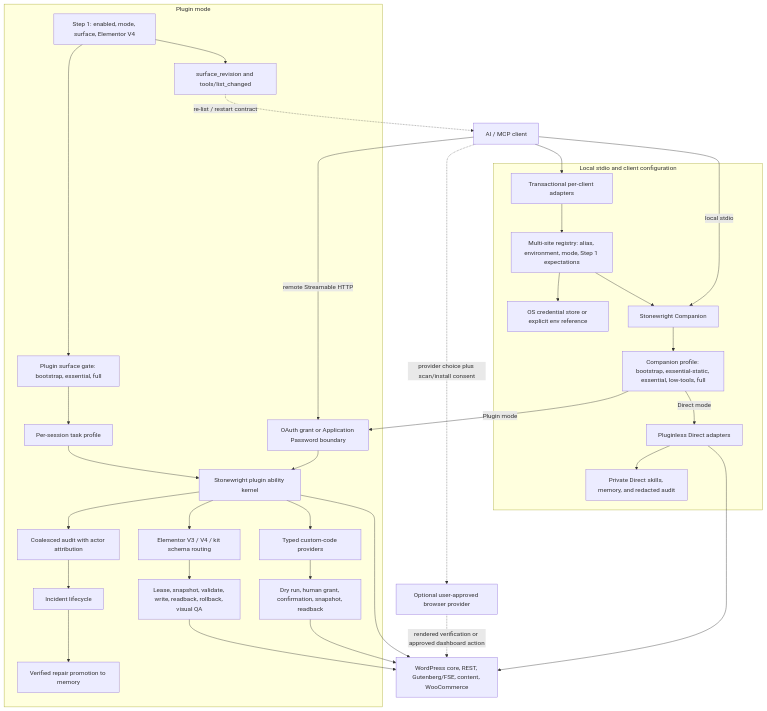
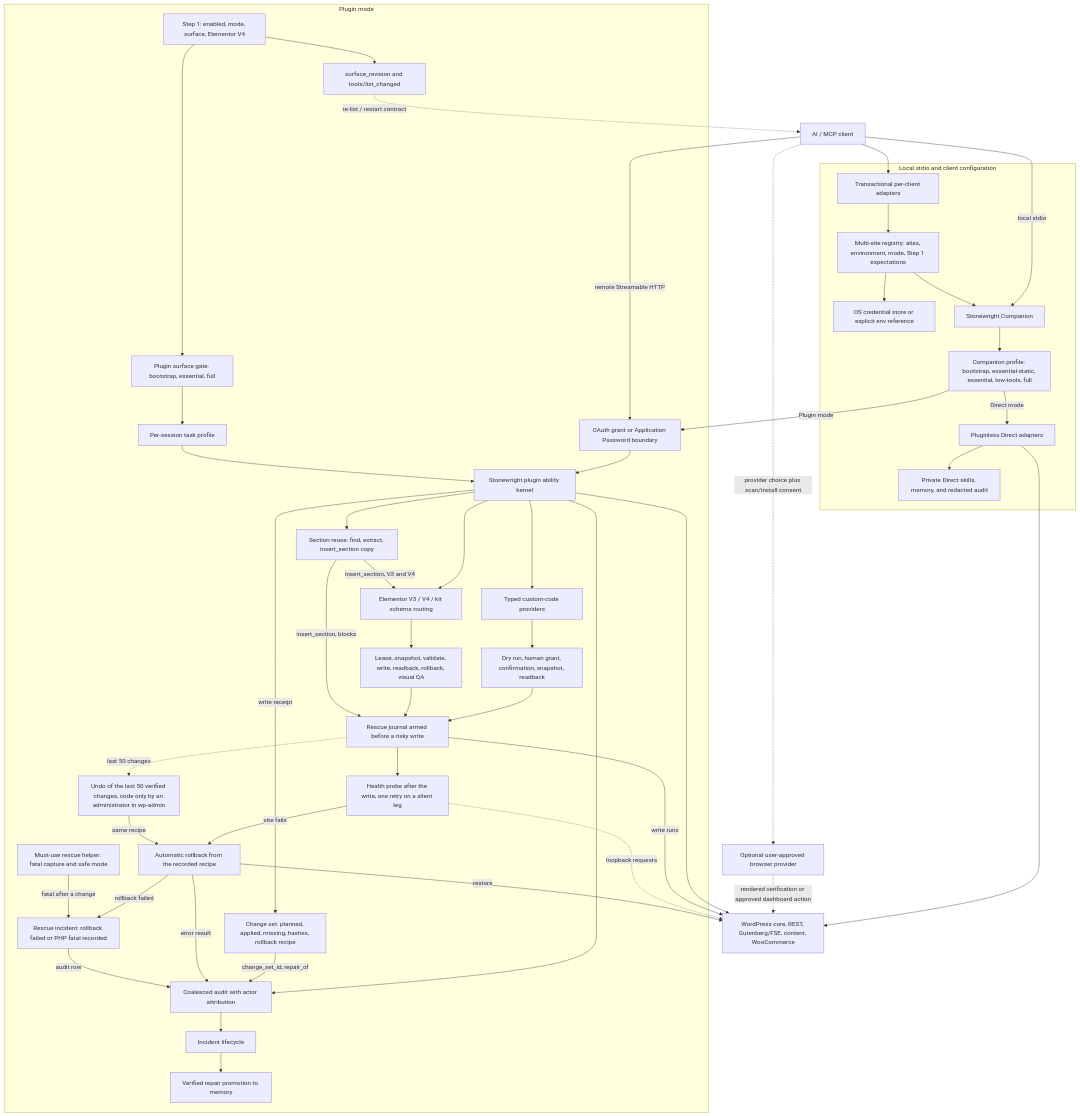
The diagram in README.md (cosmincraciun97/stonewright-wp-mcp), drawn with Mermaid before and after one commit. The commit also changed other lines of this file and 16 other files, not shown here.

````diff
--- a/README.md
+++ b/README.md
@@ -378,54 +380,78 @@
 ```mermaid
 flowchart TD
   Client["AI / MCP client"]
   Browser["Optional user-approved browser provider"]
 
   subgraph Local["Local stdio and client configuration"]
     Adapters["Transactional per-client adapters"]
     Registry["Multi-site registry: alias, environment, mode, Step 1 expectations"]
     Credentials["OS credential store or explicit env reference"]
     Companion["Stonewright Companion"]
     CompFilter["Companion profile: bootstrap, essential-static, essential, low-tools, full"]
     Direct["Pluginless Direct adapters"]
     DirectState["Private Direct skills, memory, and redacted audit"]
   end
 
   subgraph PluginMode["Plugin mode"]
     Auth["OAuth grant or Application Password boundary"]
     Step1["Step 1: enabled, mode, surface, Elementor V4"]
     Surface["Plugin surface gate: bootstrap, essential, full"]
     Session["Per-session task profile"]
     Revision["surface_revision and tools/list_changed"]
     Plugin["Stonewright plugin ability kernel"]
     Code["Typed custom-code providers"]
     Approval["Dry run, human grant, confirmation, snapshot, readback"]
     Elementor["Elementor V3 / V4 / kit schema routing"]
     Closure["Lease, snapshot, validate, write, readback, rollback, visual QA"]
     Audit["Coalesced audit with actor attribution"]
     Incidents["Incident lifecycle"]
     Memory["Verified repair promotion to memory"]
+    Sets["Change set: planned, applied, missing, hashes, rollback recipe"]
+    Sections["Section reuse: find, extract, insert_section copy"]
+    Journal["Rescue journal armed before a risky write"]
+    Probe["Health probe after the write, one retry on a silent leg"]
+    Rollback["Automatic rollback from the recorded recipe"]
+    RescueIncident["Rescue incident: rollback failed or PHP fatal recorded"]
+    Helper["Must-use rescue helper: fatal capture and safe mode"]
+    Undo["Undo of the last 50 verified changes, code only by an administrator in wp-admin"]
   end
 
   WordPress["WordPress core, REST, Gutenberg/FSE, content, WooCommerce"]
 
   Client -->|"local stdio"| Companion
   Client -->|"remote Streamable HTTP"| Auth
   Client --> Adapters
   Adapters --> Registry
   Registry --> Credentials
   Registry --> Companion
   Companion --> CompFilter
   CompFilter -->|"Plugin mode"| Auth
   CompFilter -->|"Direct mode"| Direct
   Direct --> WordPress
   Direct --> DirectState
   Auth --> Plugin
   Step1 --> Surface --> Session --> Plugin
   Step1 --> Revision -. "re-list / restart contract" .-> Client
   Plugin --> WordPress
-  Plugin --> Code --> Approval --> WordPress
-  Plugin --> Elementor --> Closure --> WordPress
+  Plugin --> Code --> Approval --> Journal
+  Plugin --> Elementor --> Closure --> Journal
   Plugin --> Audit --> Incidents --> Memory
+  Plugin -->|"write receipt"| Sets
+  Sets -->|"change_set_id, repair_of"| Audit
+  Plugin --> Sections
+  Sections -->|"insert_section, V3 and V4"| Elementor
+  Sections -->|"insert_section, blocks"| Journal
+  Journal -->|"write runs"| WordPress
+  Journal --> Probe
+  Probe -. "loopback requests" .-> WordPress
+  Probe -->|"site fails"| Rollback
+  Rollback -->|"restore"| WordPress
+  Rollback -->|"error result"| Audit
+  Rollback -->|"rollback failed"| RescueIncident
+  Helper -->|"fatal after a change"| RescueIncident
+  RescueIncident -->|"audit row"| Audit
+  Journal -. "last 50 changes" .-> Undo
+  Undo -->|"same recipe"| Rollback
   Client -. "provider choice plus scan/install consent" .-> Browser
   Browser -. "rendered verification or approved dashboard action" .-> WordPress
 ```
````
